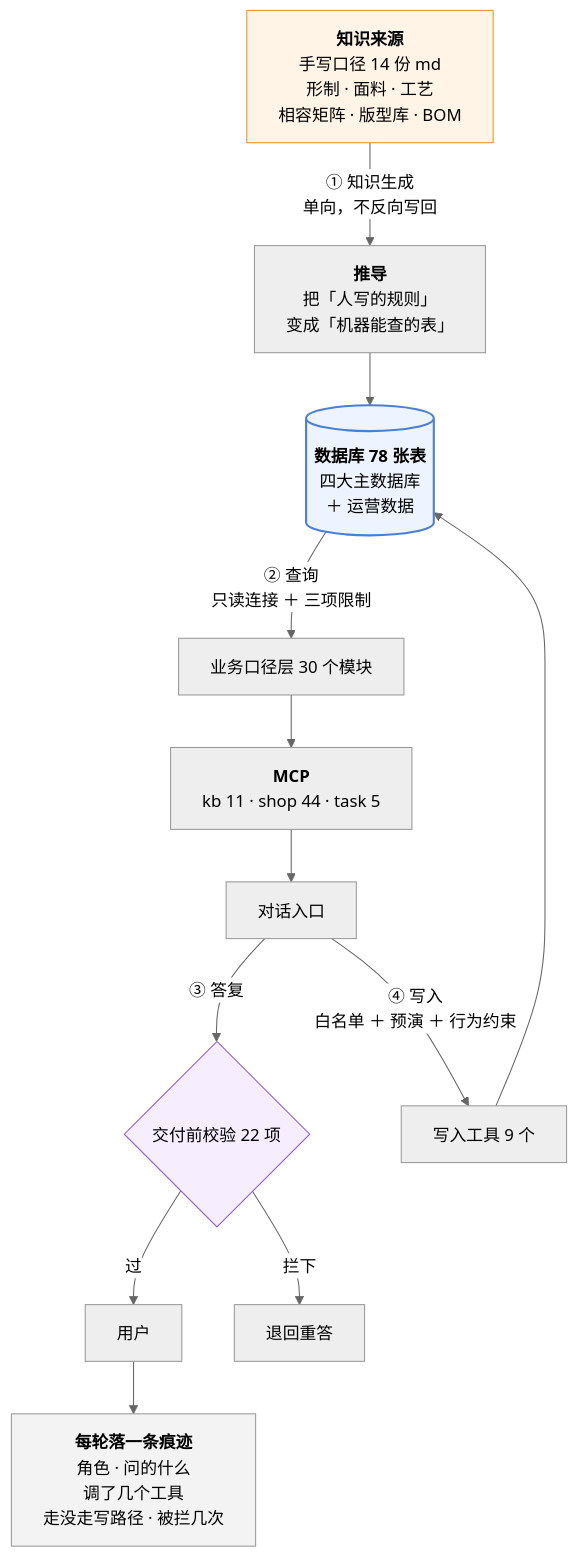
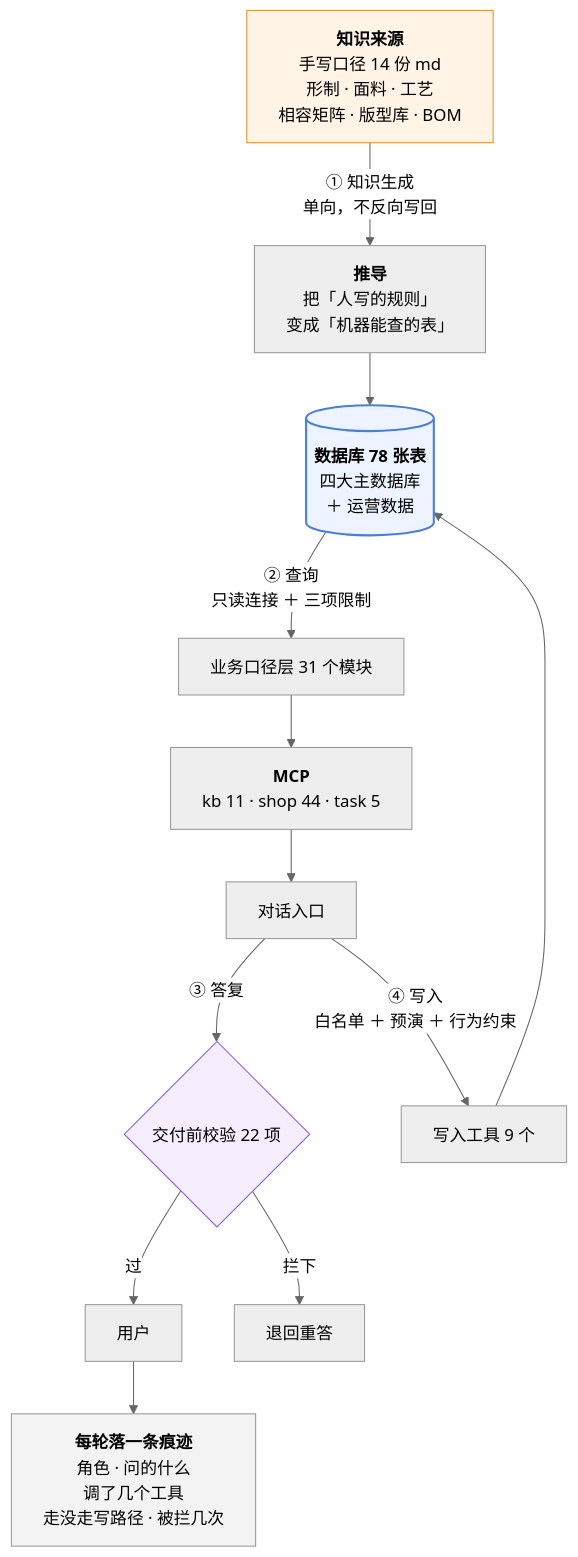
Before and after one commit to 843773296-rgb/lanxiu-yunshang-agent: the third of 4 diagrams in 澜绣云裳agent-产品需求文档.md, drawn with Mermaid (neutral theme). The commit also changed other lines of this file and 16 other files, not shown here.

````diff
--- a/澜绣云裳agent-产品需求文档.md
+++ b/澜绣云裳agent-产品需求文档.md
@@ -380,24 +381,24 @@
 ```mermaid
 flowchart TD
     MD["<b>知识来源</b><br/>手写口径 14 份 md<br/>形制 · 面料 · 工艺<br/>相容矩阵 · 版型库 · BOM"]
     MD -->|"① 知识生成<br/>单向，不反向写回"| DV["<b>推导</b><br/>把「人写的规则」<br/>变成「机器能查的表」"]
     DV --> DB[("<b>数据库 78 张表</b><br/>四大主数据库<br/>＋ 运营数据")]
 
-    DB -->|"② 查询<br/>只读连接 ＋ 三项限制"| KJ["业务口径层 30 个模块"]
+    DB -->|"② 查询<br/>只读连接 ＋ 三项限制"| KJ["业务口径层 31 个模块"]
     KJ --> MCP["<b>MCP</b><br/>kb 11 · shop 44 · task 5"]
     MCP --> LLM["对话入口"]
 
     LLM -->|"③ 答复"| GD{"交付前校验 22 项"}
     GD -- 过 --> U["用户"]
     GD -- 拦下 --> RE["退回重答"]
 
     LLM -->|"④ 写入<br/>白名单 ＋ 预演 ＋ 行为约束"| W["写入工具 9 个"]
     W --> DB
 
     U --> TR["<b>每轮落一条痕迹</b><br/>角色 · 问的什么<br/>调了几个工具<br/>走没走写路径 · 被拦几次"]
 
     style MD fill:#fff4e6,stroke:#e8912d
     style DB fill:#eef4ff,stroke:#4a7fd4,stroke-width:2px
     style GD fill:#f6eeff,stroke:#8b5cd6
     style TR fill:#f3f3f3,stroke:#999
 ```
````
